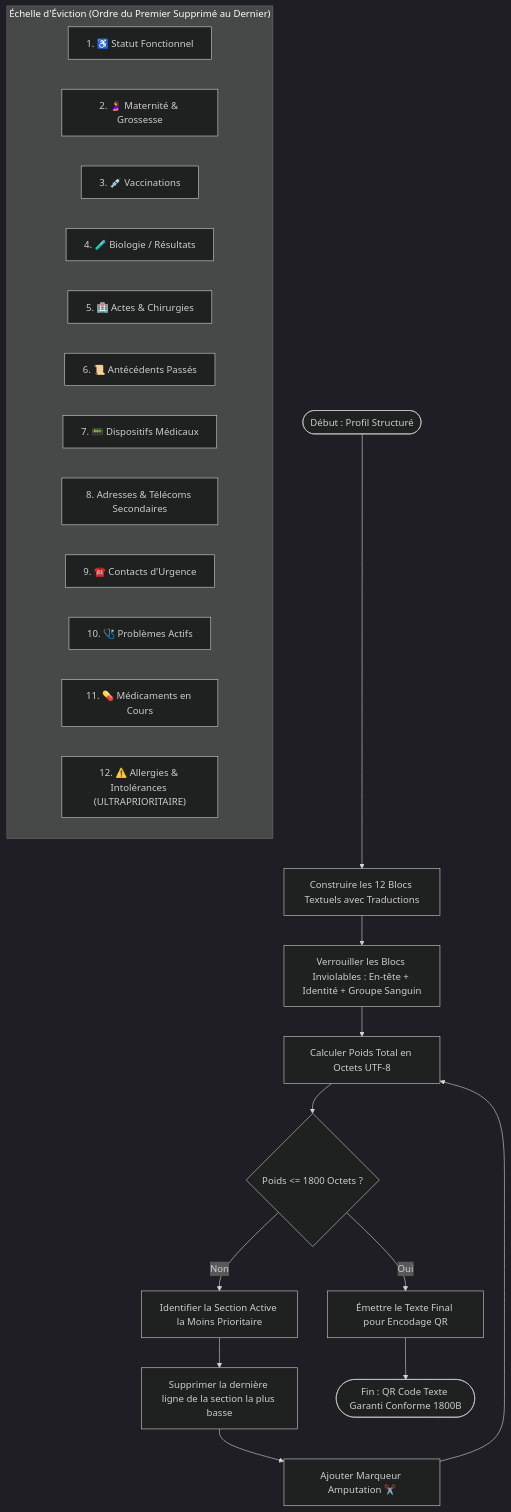
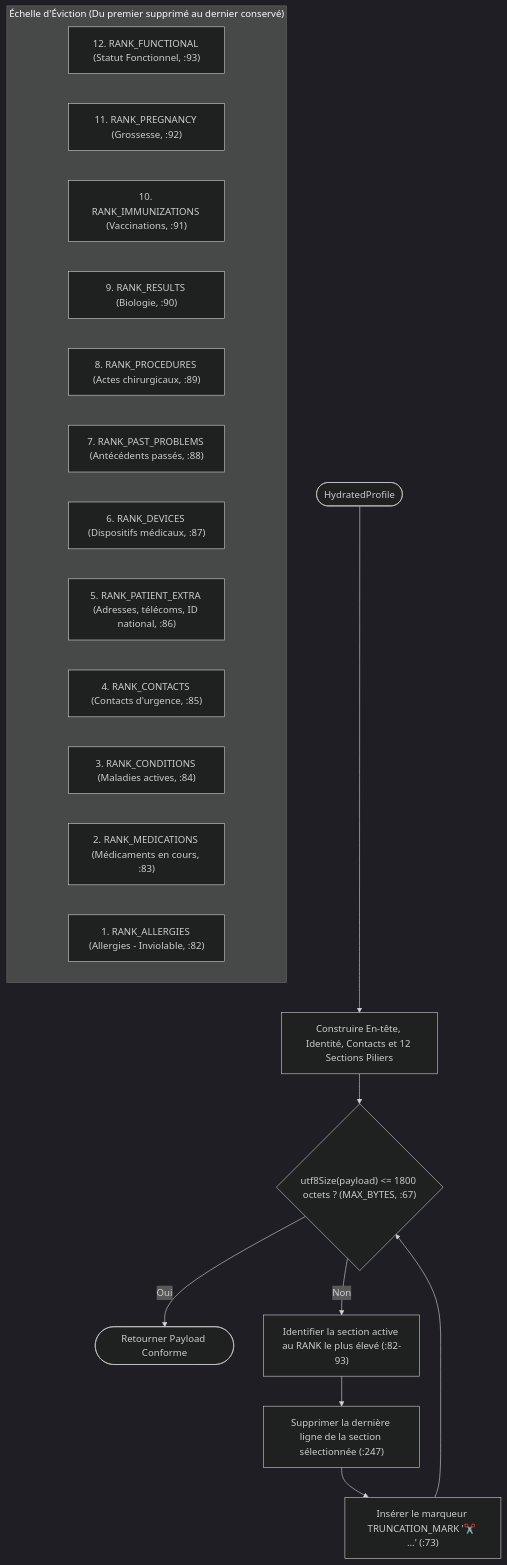
One commit to kurodohenroonsen/JemmaPass changed diagram 20 of 21 in docs/DOCUMENTATION_UML_FONCTIONNELLE.md. Above: the diagram before and after it, drawn with Mermaid (dark theme). The commit also changed other lines of this file and 1 other file, not shown here.

First line of the commit message:
docs: correct UML documentation and iOS specifications against codebase reality

````diff
--- a/docs/DOCUMENTATION_UML_FONCTIONNELLE.md
+++ b/docs/DOCUMENTATION_UML_FONCTIONNELLE.md
@@ -761,32 +873,27 @@
 ```mermaid
 flowchart TD
-    Start(["Début : Profil Structuré"]) --> BuildBlocks["Construire les 12 Blocs Textuels avec Traductions"]
-    BuildBlocks --> LockVital["Verrouiller les Blocs Inviolables : En-tête + Identité + Groupe Sanguin"]
-    LockVital --> Measure["Calculer Poids Total en Octets UTF-8"]
+    Start(["HydratedProfile"]) --> BuildSections["Construire En-tête, Identité, Contacts et 12 Sections Piliers"]
+    BuildSections --> CheckBytes{"utf8Size(payload) <= 1800 octets ? (MAX_BYTES, :67)"}
     
-    Measure --> CheckBudget{"Poids <= 1800 Octets ?"}
-    CheckBudget -- Oui --> GenerateQR["Émettre le Texte Final pour Encodage QR"]
+    CheckBytes -- Oui --> ReturnPayload(["Retourner Payload Conforme"])
+    CheckBytes -- Non --> FindHighest["Identifier la section active au RANK le plus élevé (:82-93)"]
     
-    CheckBudget -- Non --> EvictStep["Identifier la Section Active la Moins Prioritaire"]
-    
-    subgraph Echelle_Priorite_Eviction ["Échelle d'Éviction (Ordre du Premier Supprimé au Dernier)"]
-        E1["1. ♿ Statut Fonctionnel"]
-        E2["2. 🤰 Maternité & Grossesse"]
-        E3["3. 💉 Vaccinations"]
-        E4["4. 🧪 Biologie / Résultats"]
-        E5["5. 🏥 Actes & Chirurgies"]
-        E6["6. 📜 Antécédents Passés"]
-        E7["7. 📟 Dispositifs Médicaux"]
-        E8["8. Adresses & Télécoms Secondaires"]
-        E9["9. ☎️ Contacts d'Urgence"]
-        E10["10. 🩺 Problèmes Actifs"]
-        E11["11. 💊 Médicaments en Cours"]
-        E12["12. ⚠️ Allergies & Intolérances (ULTRAPRIORITAIRE)"]
+    subgraph Echelle_Rangs_Eviction ["Échelle d'Éviction (Du premier supprimé au dernier conservé)"]
+        R12["12. RANK_FUNCTIONAL (Statut Fonctionnel, :93)"]
+        R11["11. RANK_PREGNANCY (Grossesse, :92)"]
+        R10["10. RANK_IMMUNIZATIONS (Vaccinations, :91)"]
+        R9["9. RANK_RESULTS (Biologie, :90)"]
+        R8["8. RANK_PROCEDURES (Actes chirurgicaux, :89)"]
+        R7["7. RANK_PAST_PROBLEMS (Antécédents passés, :88)"]
+        R6["6. RANK_DEVICES (Dispositifs médicaux, :87)"]
+        R5["5. RANK_PATIENT_EXTRA (Adresses, télécoms, ID national, :86)"]
+        R4["4. RANK_CONTACTS (Contacts d'urgence, :85)"]
+        R3["3. RANK_CONDITIONS (Maladies actives, :84)"]
+        R2["2. RANK_MEDICATIONS (Médicaments en cours, :83)"]
+        R1["1. RANK_ALLERGIES (Allergies - Inviolable, :82)"]
     end
     
-    EvictStep --> PopLine["Supprimer la dernière ligne de la section la plus basse"]
-    PopLine --> StampTrunc["Ajouter Marqueur Amputation ✂️"]
-    StampTrunc --> Measure
-    
-    GenerateQR --> End(["Fin : QR Code Texte Garanti Conforme 1800B"])
+    FindHighest --> DropLine["Supprimer la dernière ligne de la section sélectionnée (:247)"]
+    DropLine --> AddMarker["Insérer le marqueur TRUNCATION_MARK '✂️ …' (:73)"]
+    AddMarker --> CheckBytes
 ```
````
